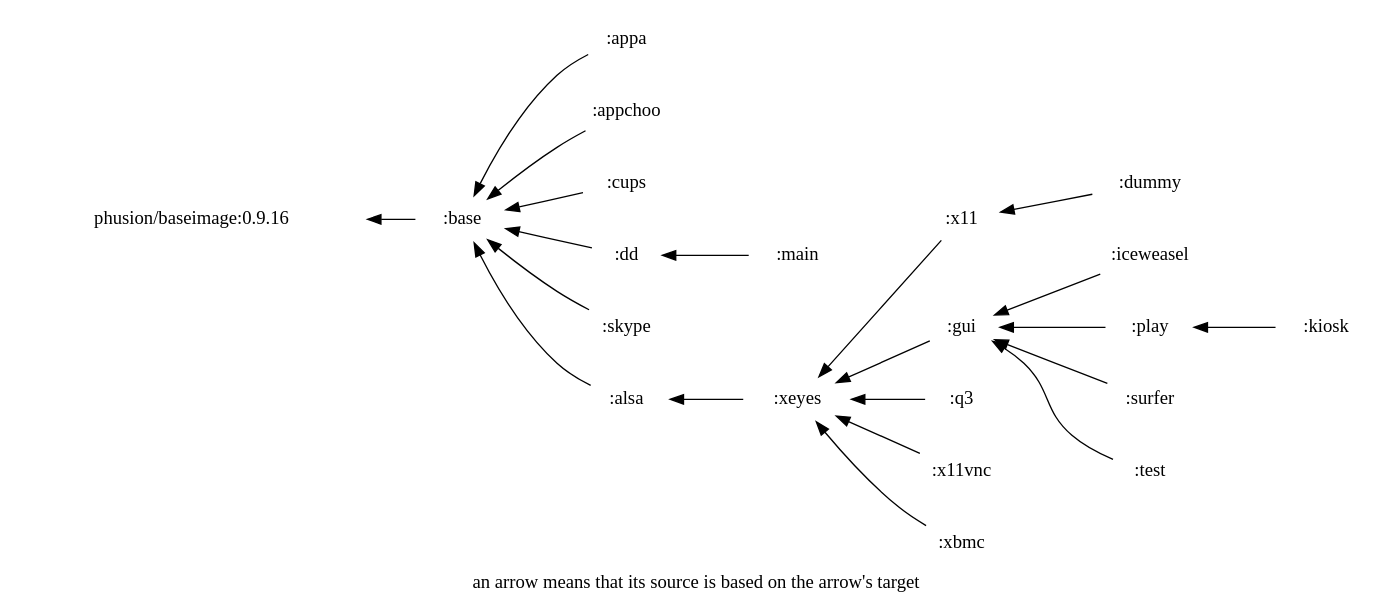
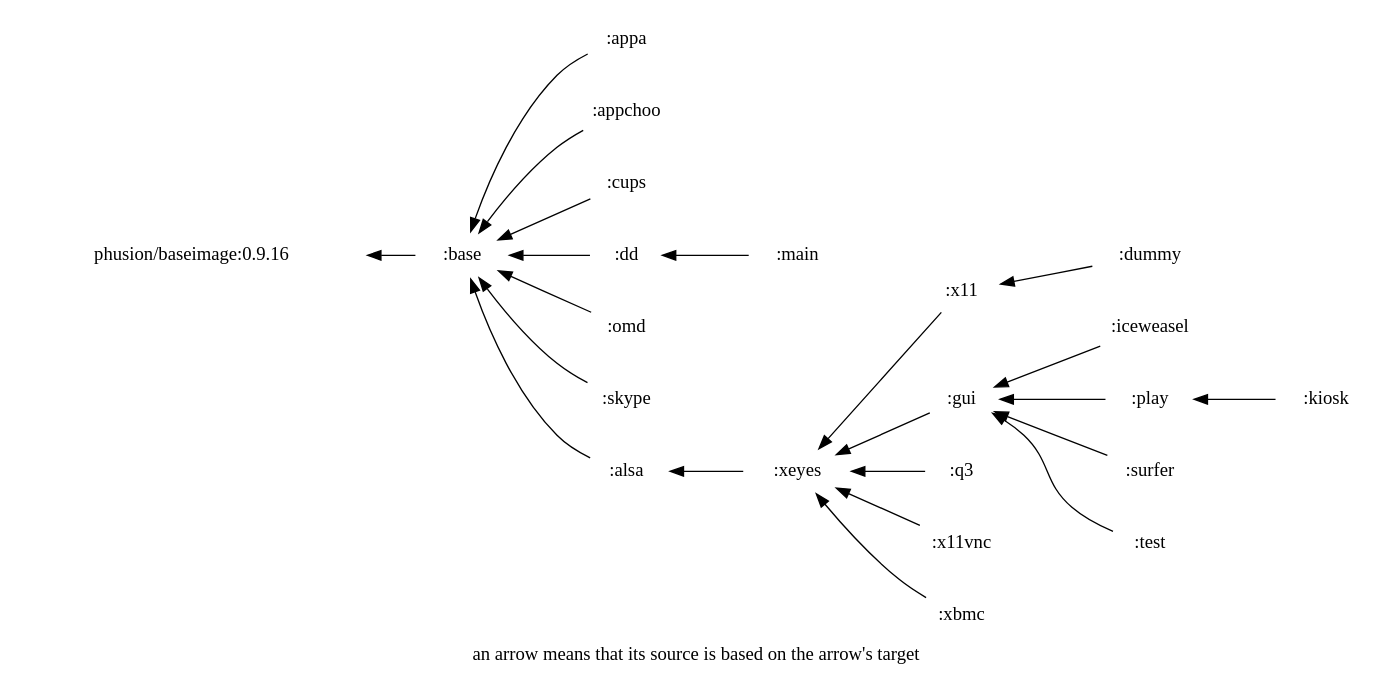
The diagram in deps.dot (hilbert/hilbert-docker-images), drawn with Graphviz before and after one commit. The commit also changed 4 other files, not shown here.

```diff
--- a/deps.dot
+++ b/deps.dot
@@ -1,22 +1,23 @@
 digraph deps{ graph [label="an arrow means that its source is based on the arrow's target", labelloc=b]; node [color=white]; rankdir = RL;
 ":alsa" -> ":base" ;
 ":appa" -> ":base" ;
 ":appchoo" -> ":base" ;
 ":base" -> "phusion/baseimage:0.9.16" ;
 ":cups" -> ":base" ;
 ":dd" -> ":base" ;
 ":dummy" -> ":x11" ;
 ":gui" -> ":xeyes" ;
 ":iceweasel" -> ":gui" ;
 ":kiosk" -> ":play" ;
 ":main" -> ":dd" ;
+":omd" -> ":base" ;
 ":play" -> ":gui" ;
 ":q3" -> ":xeyes" ;
 ":skype" -> ":base" ;
 ":surfer" -> ":gui" ;
 ":test" -> ":gui" ;
 ":x11" -> ":xeyes" ;
 ":x11vnc" -> ":xeyes" ;
 ":xbmc" -> ":xeyes" ;
 ":xeyes" -> ":alsa" ;
 }
```
